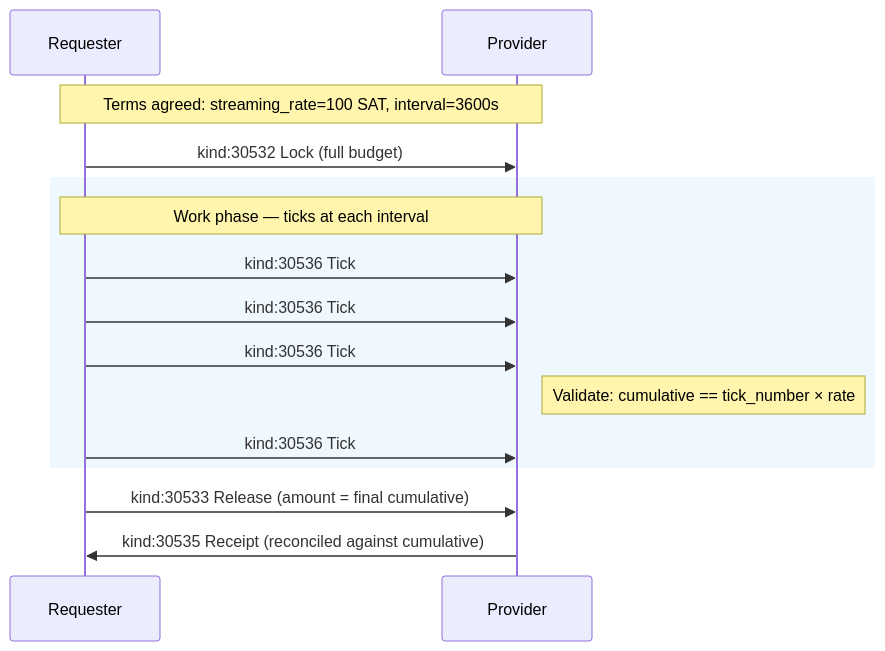
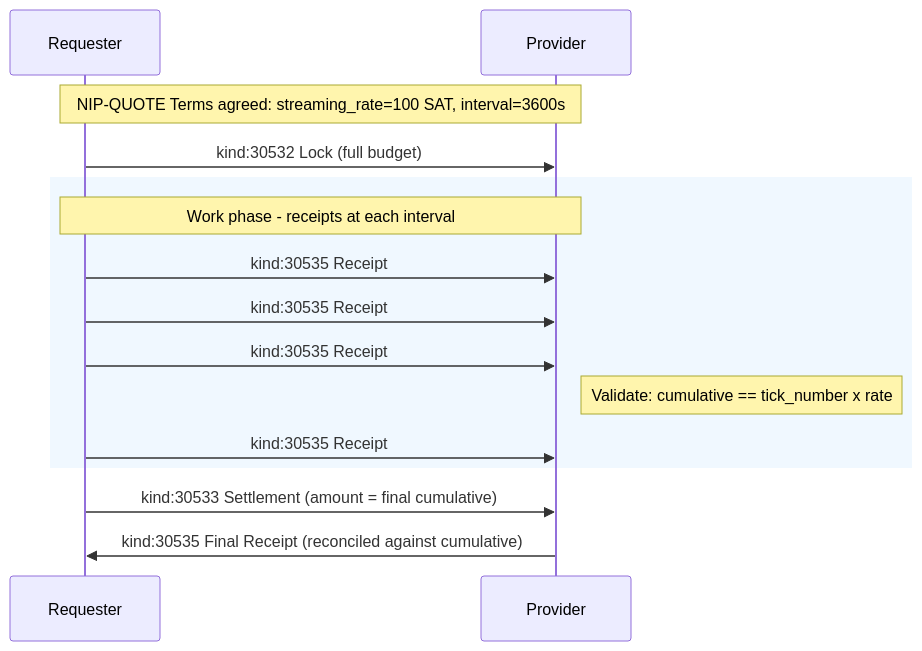
The first of 5 diagrams in NIP-ESCROW.md (forgesworn/nip-drafts), drawn with Mermaid before and after one commit. The commit also changed other lines of this file and 116 other files, not shown here.

````diff
--- a/NIP-ESCROW.md
+++ b/NIP-ESCROW.md
@@ -386,21 +287,21 @@
 ```mermaid
 sequenceDiagram
     participant R as Requester
     participant P as Provider
 
-    Note over R,P: Terms agreed: streaming_rate=100 SAT, interval=3600s
+    Note over R,P: NIP-QUOTE Terms agreed: streaming_rate=100 SAT, interval=3600s
 
     R->>P: kind:30532 Lock (full budget)
 
     rect rgb(240, 248, 255)
-        Note over R,P: Work phase — ticks at each interval
-        R->>P: kind:30536 Tick #1 (amount=100, cumulative=100)
-        R->>P: kind:30536 Tick #2 (amount=100, cumulative=200)
-        R->>P: kind:30536 Tick #3 (amount=100, cumulative=300)
-        Note right of P: Validate: cumulative == tick_number × rate
-        R->>P: kind:30536 Tick #N (amount=100, cumulative=N×100)
+        Note over R,P: Work phase - receipts at each interval
+        R->>P: kind:30535 Receipt #1 (amount=100, cumulative=100, tick_number=1)
+        R->>P: kind:30535 Receipt #2 (amount=100, cumulative=200, tick_number=2)
+        R->>P: kind:30535 Receipt #3 (amount=100, cumulative=300, tick_number=3)
+        Note right of P: Validate: cumulative == tick_number x rate
+        R->>P: kind:30535 Receipt #N (amount=100, cumulative=Nx100, tick_number=N)
     end
 
-    R->>P: kind:30533 Release (amount = final cumulative)
-    P->>R: kind:30535 Receipt (reconciled against cumulative)
+    R->>P: kind:30533 Settlement (amount = final cumulative)
+    P->>R: kind:30535 Final Receipt (reconciled against cumulative)
 ```
````
